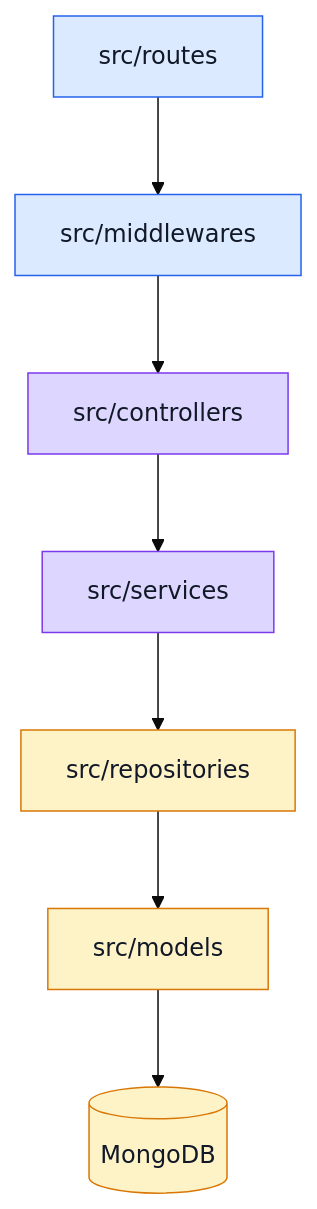
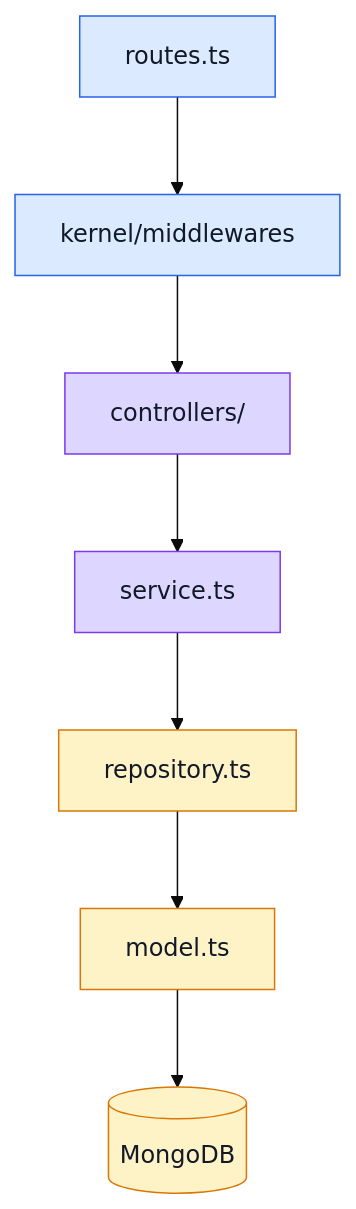
Before and after one commit to Guebbit/boilerplate-node-backend: the second of 3 diagrams in docs/theory/layers.md, drawn with Mermaid (base theme). The commit also changed other lines of this file and 684 other files, not shown here.

First line of the commit message:
feat!: 2.0.0 — modular architecture, fragmented contracts, domain layer

````diff
--- a/docs/theory/layers.md
+++ b/docs/theory/layers.md
@@ -8,17 +48,17 @@
 ```mermaid
 %%{init: {'flowchart': {'nodeSpacing': 45, 'rankSpacing': 65}}}%%
 flowchart TD
-    A[src/routes] --> B[src/middlewares]
-    B --> C[src/controllers]
-    C --> D[src/services]
-    D --> E[src/repositories]
-    E --> F[src/models]
+    A[routes.ts] --> B[kernel/middlewares]
+    B --> C[controllers/]
+    C --> D[service.ts]
+    D --> E[repository.ts]
+    E --> F[model.ts]
     F --> G[(MongoDB)]
 
     classDef entry fill:#dbeafe,stroke:#2563eb,color:#111827;
-    classDef core fill:#ddd6fe,stroke:#7c3aed,color:#111827;
+    classDef infrastructure fill:#ddd6fe,stroke:#7c3aed,color:#111827;
     classDef data fill:#fef3c7,stroke:#d97706,color:#111827;
     class A,B entry;
-    class C,D core;
+    class C,D infrastructure;
     class E,F,G data;
 ```
````
